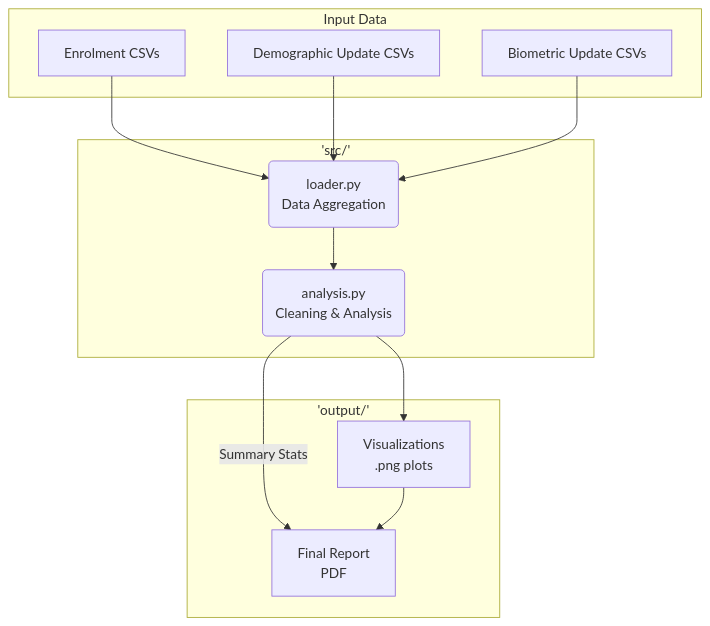
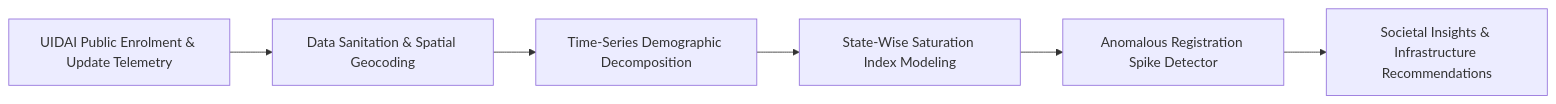
The diagram in README.md (Akshay-Notfound/UIDAI-Data-Hackathon-2026), drawn with Mermaid before and after one commit. The commit also changed other lines of this file and 1 other file, not shown here.

Commit message:
feat: modernize README with animated cyber banner, typing SVGs, and interactive architecture pipeline

````diff
--- a/README.md
+++ b/README.md
@@ -29,26 +34,8 @@
 ```mermaid
-graph TD
-    subgraph Input Data
-        A[Enrolment CSVs]
-        B[Demographic Update CSVs]
-        C[Biometric Update CSVs]
-    end
-
-    subgraph Processing ['src/']
-        D(loader.py<br/>Data Aggregation)
-        E(analysis.py<br/>Cleaning & Analysis)
-    end
-
-    subgraph Outputs ['output/']
-        F[Visualizations<br/>.png plots]
-        G[Final Report<br/>PDF]
-    end
-
-    A --> D
-    B --> D
-    C --> D
-    D --> E
-    E --> F
-    E -->|Summary Stats| G
-    F --> G
+flowchart LR
+    A[UIDAI Public Enrolment & Update Telemetry] --> B[Data Sanitation & Spatial Geocoding]
+    B --> C[Time-Series Demographic Decomposition]
+    C --> D[State-Wise Saturation Index Modeling]
+    D --> E[Anomalous Registration Spike Detector]
+    E --> F[Societal Insights & Infrastructure Recommendations]
 ```
````
